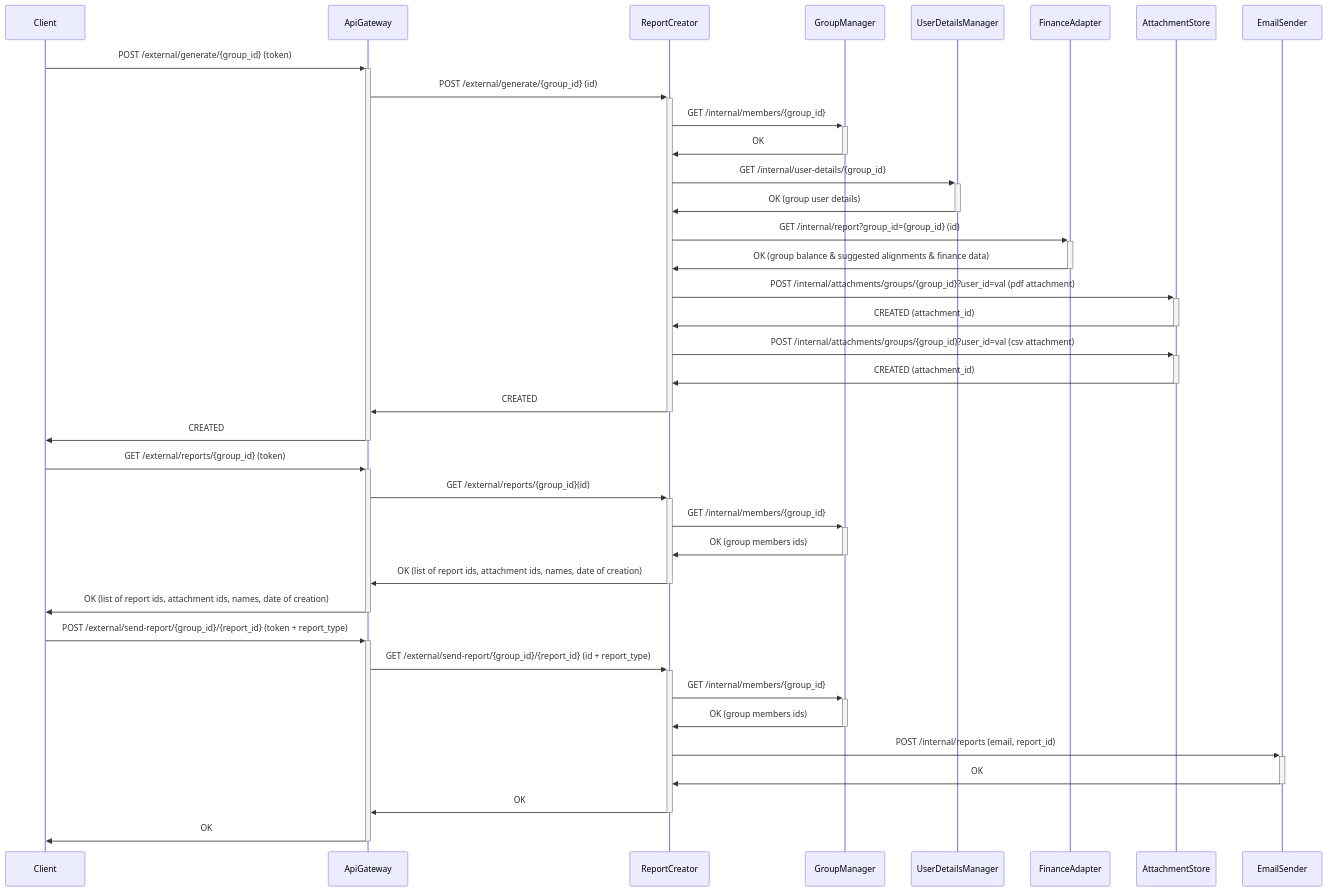
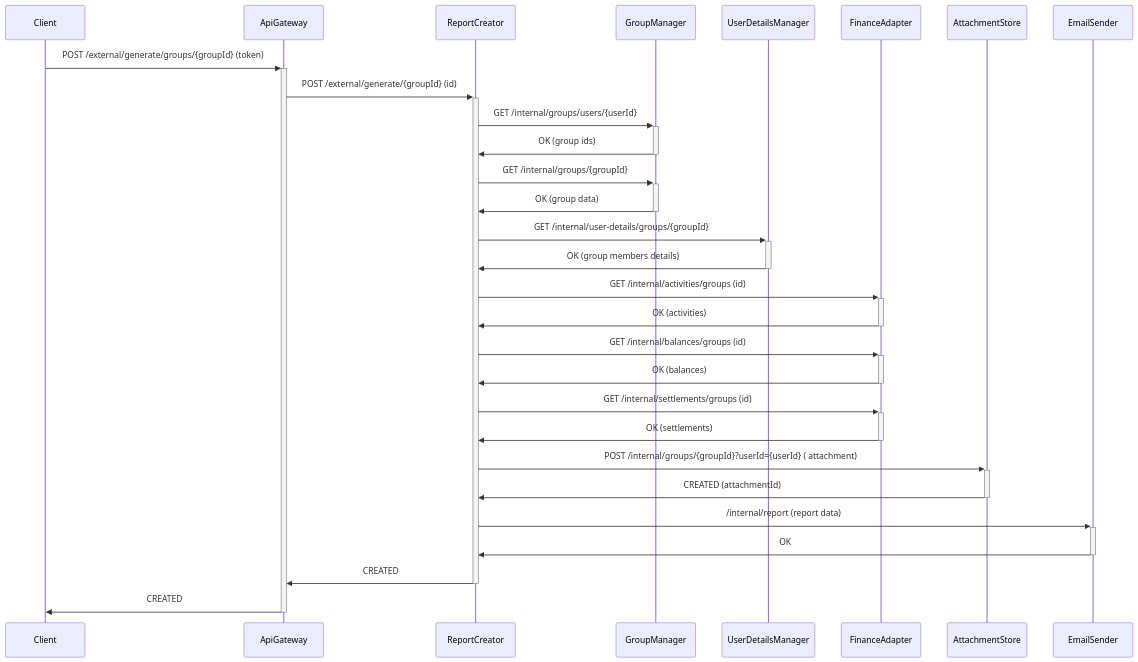
The tenth of 11 diagrams in docs/diagrams.md (Group-Expense-Manager/gem-docs), drawn with Mermaid before and after one commit. The commit also changed other lines of this file and 1 other file, not shown here.

Commit message:
updated flow diagrams & database classes

````diff
--- a/docs/diagrams.md
+++ b/docs/diagrams.md
@@ -358,35 +412,25 @@
 ```mermaid
 sequenceDiagram
 
-Client->>+ApiGateway: POST /external/generate/{group_id} (token)
-ApiGateway->>+ReportCreator: POST /external/generate/{group_id} (id)
-ReportCreator->>+GroupManager: GET /internal/members/{group_id}
-GroupManager->>-ReportCreator: OK
-ReportCreator->>+UserDetailsManager: GET /internal/user-details/{group_id}
-UserDetailsManager->>-ReportCreator: OK (group user details)
-ReportCreator->>+ FinanceAdapter: GET /internal/report?group_id={group_id} (id)
-FinanceAdapter->>- ReportCreator: OK (group balance & suggested alignments & finance data)
-ReportCreator->>+AttachmentStore:  POST /internal/attachments/groups/{group_id}?user_id=val (pdf attachment)
-AttachmentStore->>-ReportCreator: CREATED (attachment_id)
-ReportCreator->>+AttachmentStore:  POST /internal/attachments/groups/{group_id}?user_id=val (csv attachment)
-AttachmentStore->>-ReportCreator: CREATED (attachment_id)
+Client->>+ApiGateway: POST /external/generate/groups/{groupId} (token)
+ApiGateway->>+ReportCreator: POST /external/generate/{groupId} (id)
+ReportCreator->>+GroupManager: GET /internal/groups/users/{userId}
+GroupManager->>-ReportCreator: OK (group ids)
+ReportCreator->>+GroupManager: GET /internal/groups/{groupId}
+GroupManager->>-ReportCreator: OK (group data)
+ReportCreator->>+UserDetailsManager: GET /internal/user-details/groups/{groupId}
+UserDetailsManager->>-ReportCreator: OK (group members details)
+ReportCreator->>+ FinanceAdapter: GET /internal/activities/groups (id)
+FinanceAdapter->>- ReportCreator: OK (activities)
+ReportCreator->>+ FinanceAdapter: GET /internal/balances/groups (id)
+FinanceAdapter->>- ReportCreator: OK (balances)
+ReportCreator->>+ FinanceAdapter: GET /internal/settlements/groups (id)
+FinanceAdapter->>- ReportCreator: OK (settlements)
+ReportCreator->>+AttachmentStore:  POST /internal/groups/{groupId}?userId={userId} ( attachment)
+AttachmentStore->>-ReportCreator: CREATED (attachmentId)
+ReportCreator->>+EmailSender: /internal/report (report data)
+EmailSender->>-ReportCreator: OK
 ReportCreator->>-ApiGateway: CREATED
 ApiGateway->>-Client: CREATED
 
-Client->>+ApiGateway: GET /external/reports/{group_id} (token)
-ApiGateway->>+ReportCreator: GET /external/reports/{group_id}(id)
-ReportCreator->>+GroupManager: GET /internal/members/{group_id}
-GroupManager->>-ReportCreator: OK (group members ids)
-ReportCreator->>-ApiGateway: OK (list of report ids, attachment ids, names, date of creation)
-ApiGateway->>-Client: OK (list of report ids, attachment ids, names, date of creation)
-
-Client->>+ApiGateway: POST /external/send-report/{group_id}/{report_id} (token + report_type)
-ApiGateway->>+ReportCreator: GET /external/send-report/{group_id}/{report_id} (id + report_type)
-ReportCreator->>+GroupManager: GET /internal/members/{group_id}
-GroupManager->>-ReportCreator: OK (group members ids)
-ReportCreator->>+EmailSender: POST /internal/reports (email, report_id)
-EmailSender->>-ReportCreator: OK
-ReportCreator->>-ApiGateway: OK
-ApiGateway->>-Client: OK
-
 ```
````
